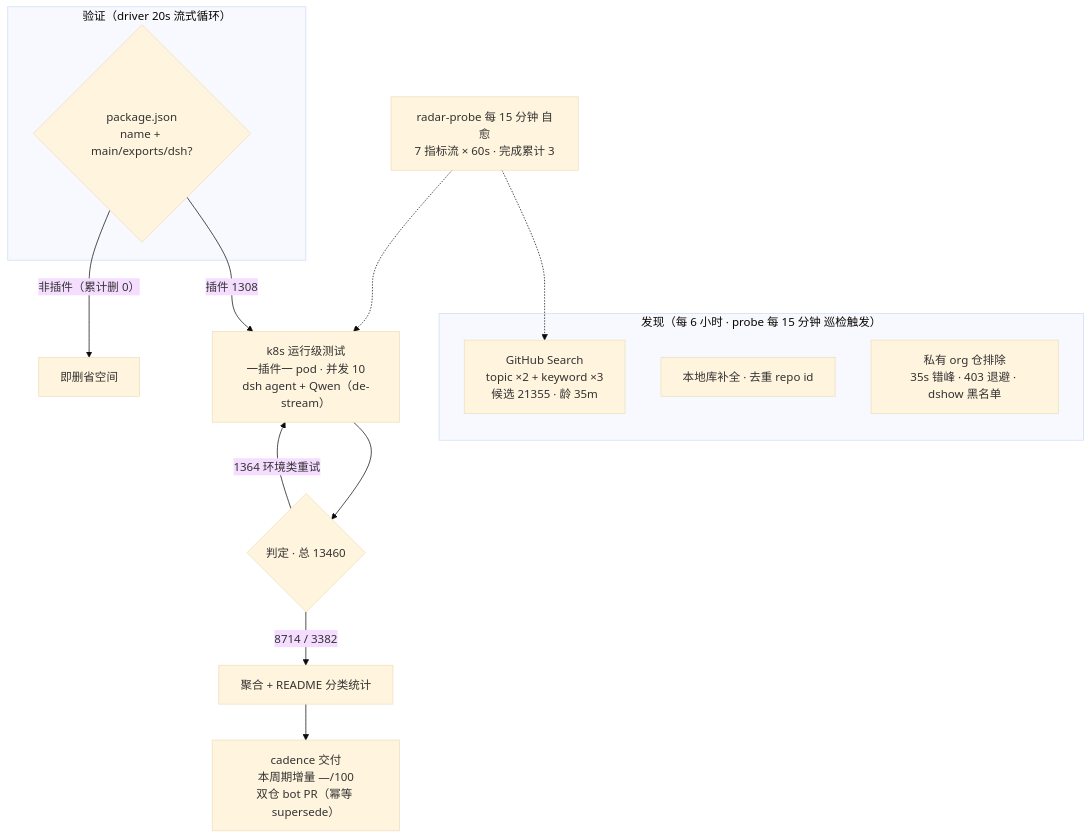
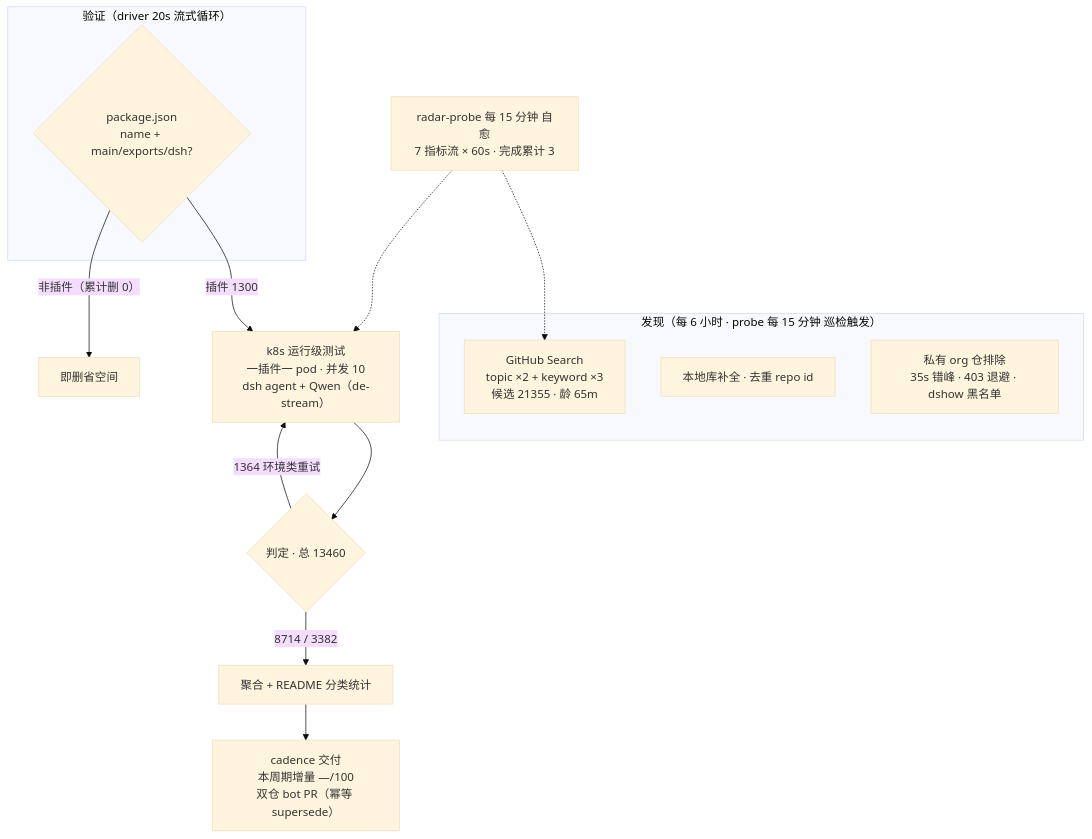
Before and after one commit to 1420079678-ctrl/dsh-plugin-radar: the diagram in README.md, drawn with Mermaid (base theme). The commit also changed other lines of this file and 5 other files, not shown here.

````diff
--- a/README.md
+++ b/README.md
@@ -52,20 +52,20 @@
 ```mermaid
 flowchart TB
     subgraph Discovery["发现（每 6 小时 · probe 每 15 分钟 巡检触发）"]
-        A1["GitHub Search<br/>topic ×2 + keyword ×3<br/>候选 21355 · 龄 35m"]
+        A1["GitHub Search<br/>topic ×2 + keyword ×3<br/>候选 21355 · 龄 65m"]
         A2["本地库补全 · 去重 repo id"]
         A3["私有 org 仓排除<br/>35s 错峰 · 403 退避 · dshow 黑名单"]
     end
     subgraph Validation["验证（driver 20s 流式循环）"]
         B1{"package.json<br/>name + main/exports/dsh?"}
     end
-    B1 -->|"插件 1308"| C1["k8s 运行级测试<br/>一插件一 pod · 并发 10<br/>dsh agent + Qwen（de-stream）"]
+    B1 -->|"插件 1300"| C1["k8s 运行级测试<br/>一插件一 pod · 并发 10<br/>dsh agent + Qwen（de-stream）"]
     B1 -->|"非插件（累计删 0）"| B3["即删省空间"]
     C1 --> D1{"判定 · 总 13460"}
     D1 -->|"8714 / 3382"| E1["聚合 + README 分类统计"]
     D1 -->|"1364 环境类重试"| C1
     E1 --> E2["cadence 交付<br/>本周期增量 —/100<br/>双仓 bot PR（幂等 supersede）"]
     M["radar-probe 每 15 分钟 自愈<br/>7 指标流 × 60s · 完成累计 3"]
     M -.-> A1
     M -.-> C1
 ```
````
